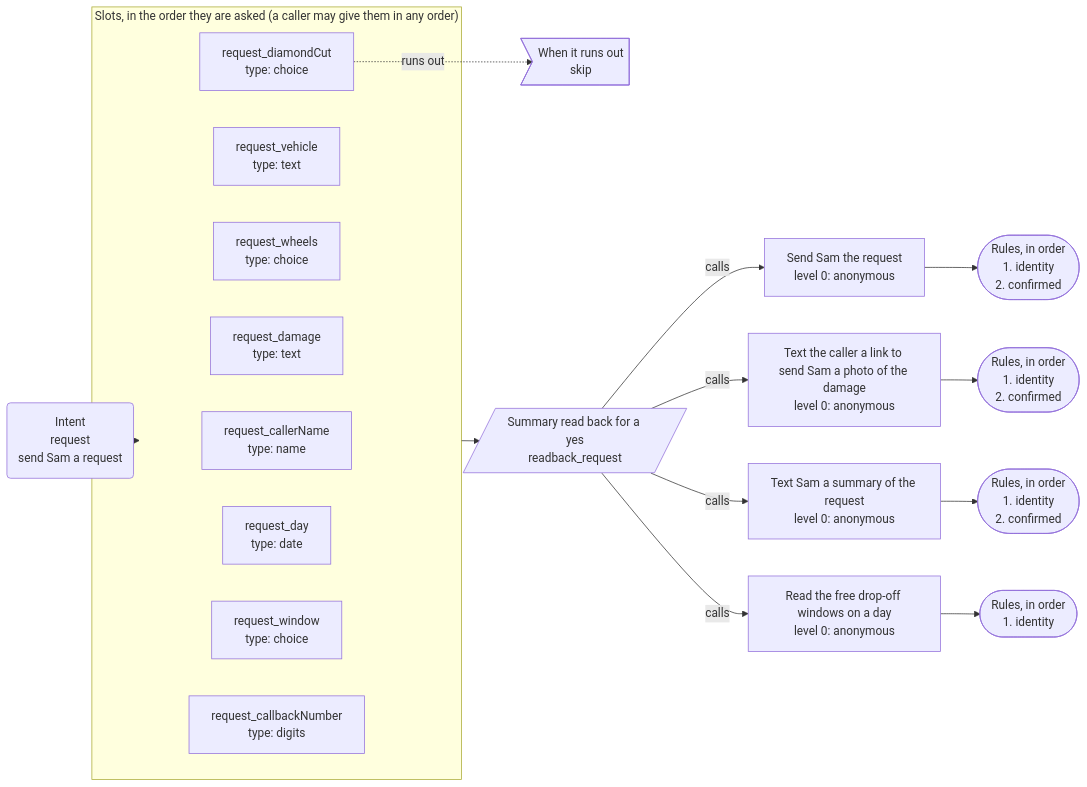
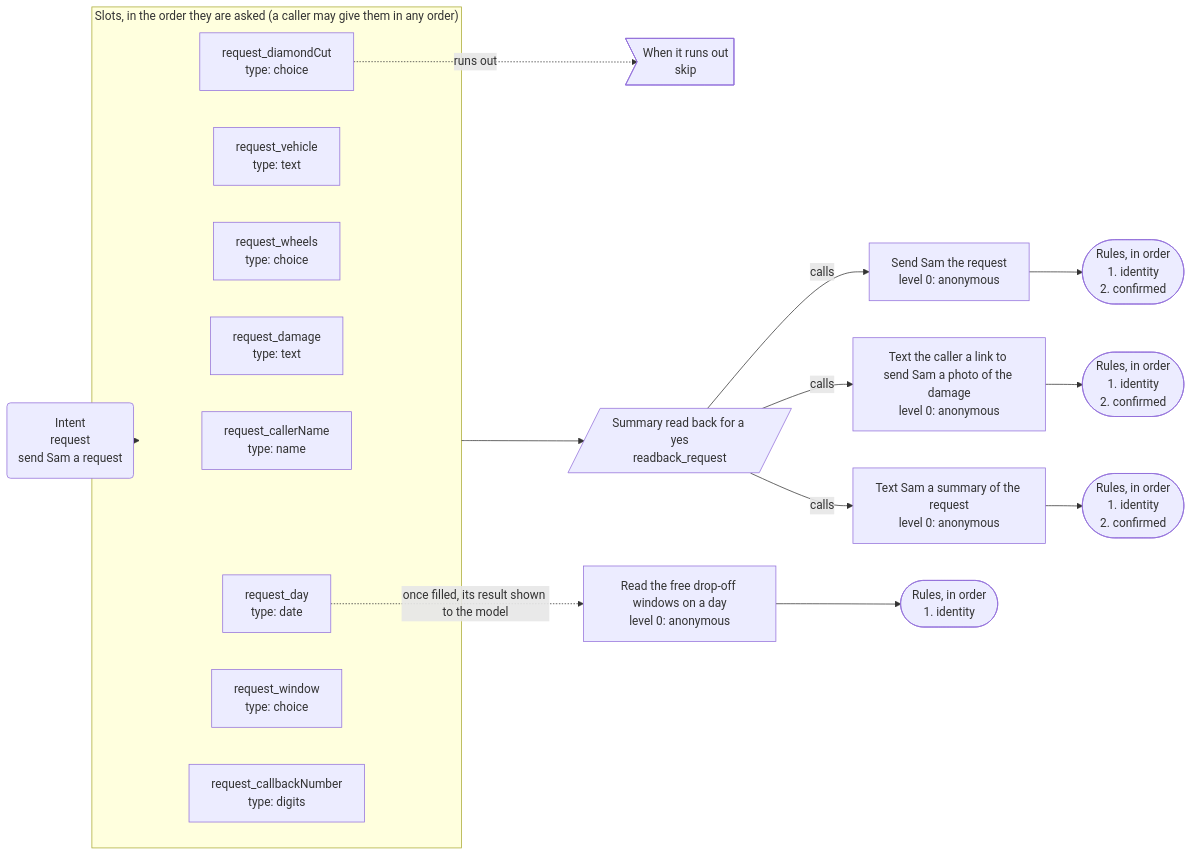
The second of 4 diagrams in apps/wheelshop/APP-MAP.md (DialogWright/dialogwright), drawn with Mermaid before and after one commit. The commit also changed other lines of this file and 7 other files, not shown here.

First line of the commit message:
Agent mode, from building wheelshop: a text value's figure, seen tools on the map, a default corpus seed

````diff
--- a/apps/wheelshop/APP-MAP.md
+++ b/apps/wheelshop/APP-MAP.md
@@ -30,35 +30,35 @@
 ```mermaid
 flowchart LR
   intent("Intent<br/>request<br/>send Sam a request")
   subgraph slots["Slots, in the order they are asked (a caller may give them in any order)"]
     s_request_callerName["request_callerName<br/>type: name"]
     s_request_vehicle["request_vehicle<br/>type: text"]
     s_request_wheels["request_wheels<br/>type: choice"]
     s_request_damage["request_damage<br/>type: text"]
     s_request_diamondCut["request_diamondCut<br/>type: choice"]
     s_request_day["request_day<br/>type: date"]
     s_request_window["request_window<br/>type: choice"]
     s_request_callbackNumber["request_callbackNumber<br/>type: digits"]
   end
   x_request_diamondCut>"When it runs out<br/>skip"]
   s_request_diamondCut -.->|"runs out"| x_request_diamondCut
   intent --> slots
   summary[/"Summary read back for a yes<br/>readback_request"/]
   slots --> summary
   a_request["Send Sam the request<br/>level 0: anonymous"]
   summary -->|"calls"| a_request
   r_request(["Rules, in order<br/>1. identity<br/>2. confirmed"])
   a_request --> r_request
   a_send_photo_link["Text the caller a link to send Sam a photo of the damage<br/>level 0: anonymous"]
   summary -->|"calls"| a_send_photo_link
   r_send_photo_link(["Rules, in order<br/>1. identity<br/>2. confirmed"])
   a_send_photo_link --> r_send_photo_link
   a_notify_owner_request["Text Sam a summary of the request<br/>level 0: anonymous"]
   summary -->|"calls"| a_notify_owner_request
   r_notify_owner_request(["Rules, in order<br/>1. identity<br/>2. confirmed"])
   a_notify_owner_request --> r_notify_owner_request
   a_availability["Read the free drop-off windows on a day<br/>level 0: anonymous"]
-  summary -->|"calls"| a_availability
+  s_request_day -.->|"once filled, its result shown to the model"| a_availability
   r_availability(["Rules, in order<br/>1. identity"])
   a_availability --> r_availability
 ```
````
